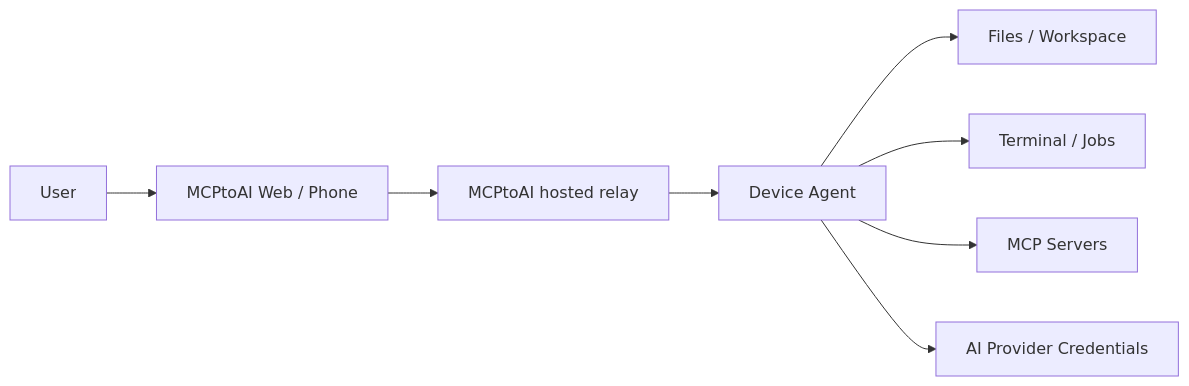
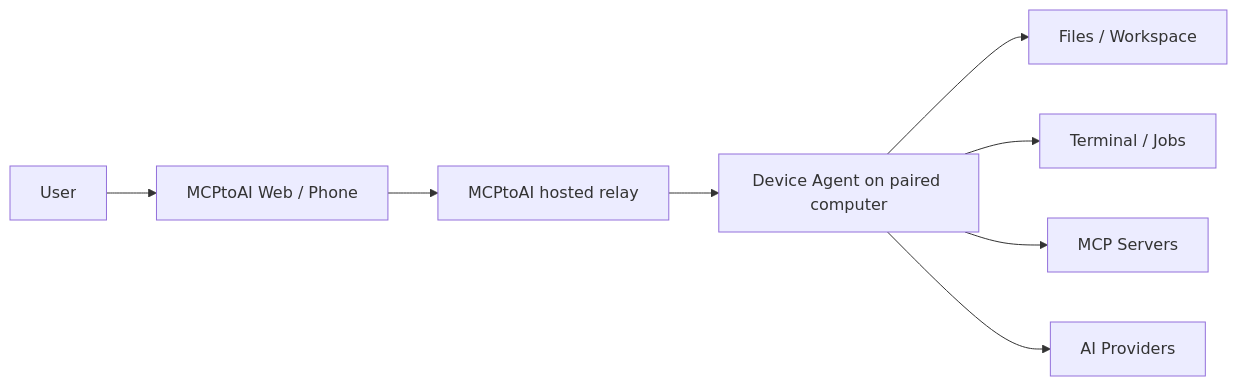
One commit to mcptoai/MCPtoAI changed the diagram in README.md. Above: the diagram before and after it, drawn with Mermaid. The commit also changed other lines of this file, not shown here.

````diff
--- a/README.md
+++ b/README.md
@@ -65,10 +80,10 @@
 ```mermaid
 flowchart LR
     U[User] --> W[MCPtoAI Web / Phone]
     W --> R[MCPtoAI hosted relay]
-    R --> A[Device Agent]
+    R --> A[Device Agent on paired computer]
     A --> F[Files / Workspace]
     A --> T[Terminal / Jobs]
     A --> M[MCP Servers]
-    A --> P[AI Provider Credentials]
+    A --> P[AI Providers]
 ```
````
